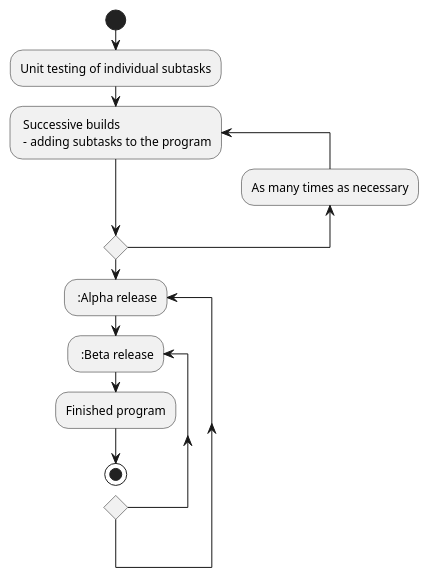
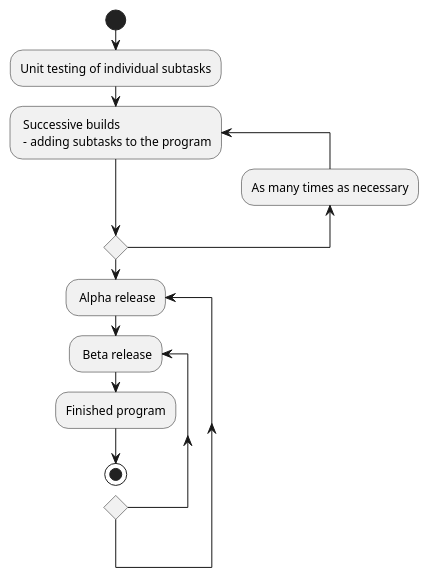
Before and after one commit to UPPMAX/programming_formalisms_intro: the fifth of 5 diagrams in doc/intro.md, drawn with PlantUML.

````diff
--- a/doc/intro.md
+++ b/doc/intro.md
@@ -544,15 +544,15 @@
 ```{uml}
 @startuml
 start
 :Unit testing of individual subtasks;
 repeat: Successive builds \n - adding subtasks to the program;
 backward:As many times as necessary;
 repeat while
-repeat: :Alpha release;
-repeat: :Beta release;
+repeat: Alpha release;
+repeat: Beta release;
 :Finished program;
 
 stop
 
 @enduml
 ```
````
